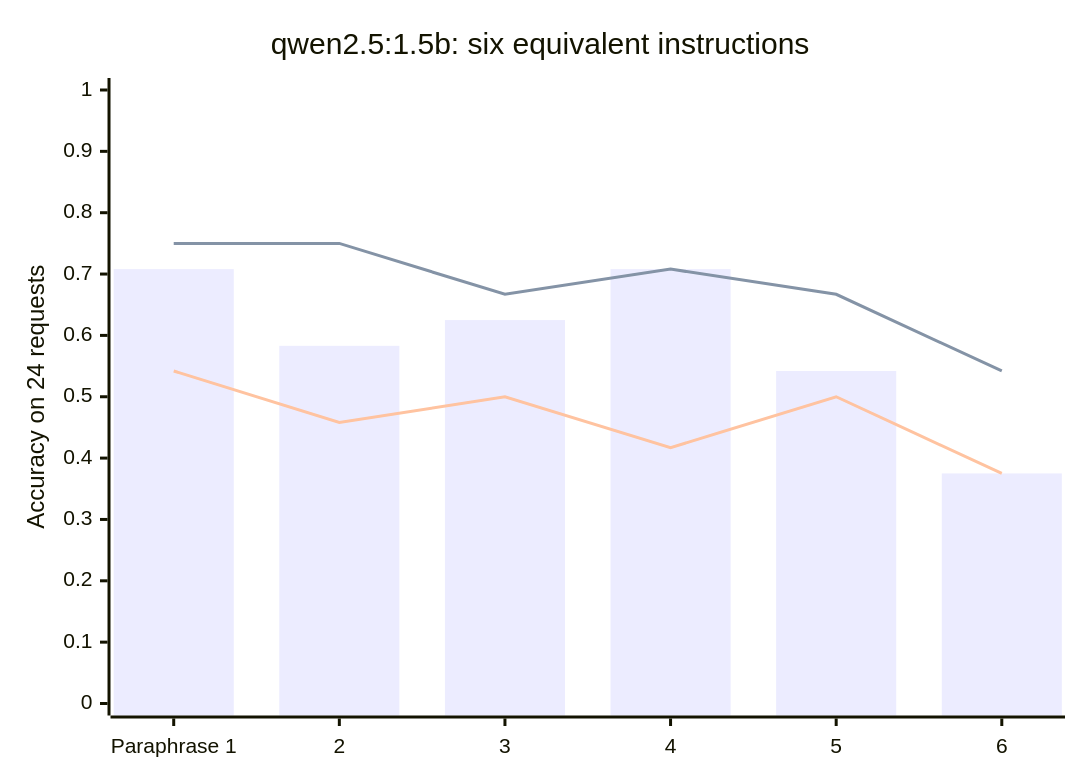
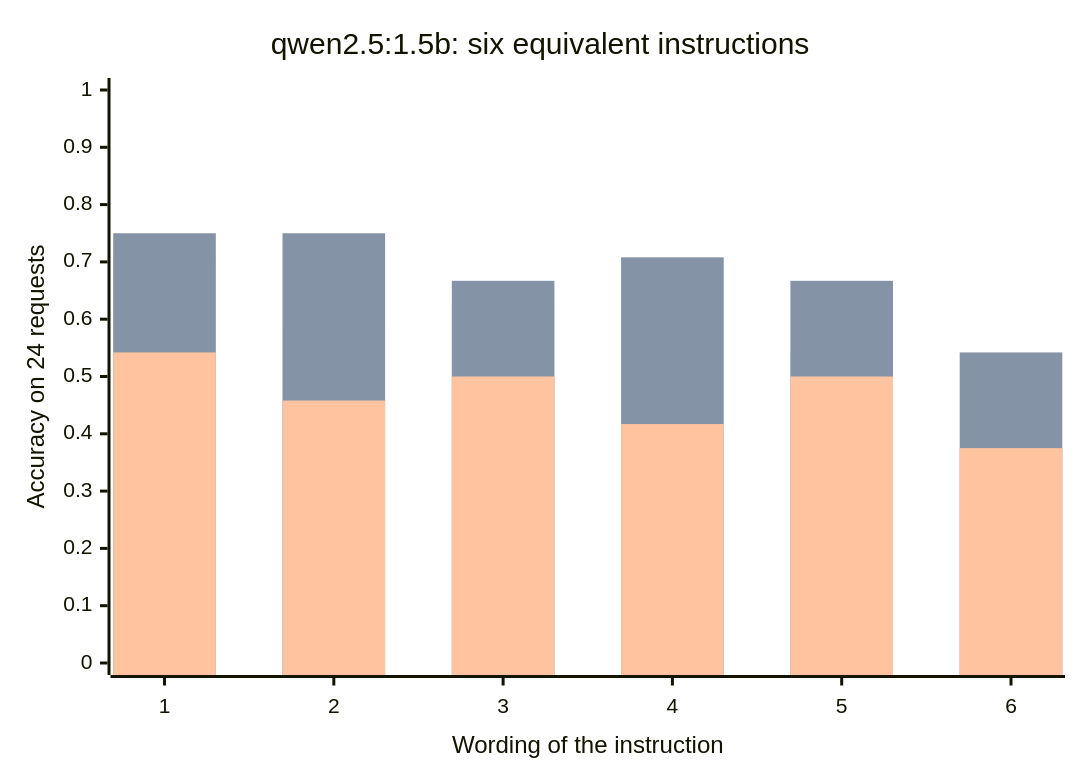
The first of 4 diagrams in book/textbook/ch07/profrod-sovereign-agent-ch07-versioned-skills-chapter.md (profrodai/sovereign-agent), drawn with Mermaid before and after one commit. The commit also changed other lines of this file and 14 other files, not shown here.

First line of the commit message:
Make every chart readable on its own: named series, titled axes, captions that explain

````diff
--- a/book/textbook/ch07/profrod-sovereign-agent-ch07-versioned-skills-chapter.md
+++ b/book/textbook/ch07/profrod-sovereign-agent-ch07-versioned-skills-chapter.md
@@ -115,9 +115,9 @@
 ```mermaid
 xychart-beta
     title "qwen2.5:1.5b: six equivalent instructions"
-    x-axis ["Paraphrase 1", "2", "3", "4", "5", "6"]
+    x-axis "Wording of the instruction" ["1", "2", "3", "4", "5", "6"]
     y-axis "Accuracy on 24 requests" 0 --> 1
-    bar [0.708, 0.583, 0.625, 0.708, 0.542, 0.375]
-    line [0.75, 0.75, 0.667, 0.708, 0.667, 0.542]
-    line [0.542, 0.458, 0.5, 0.417, 0.5, 0.375]
+    bar "No examples" [0.708, 0.583, 0.625, 0.708, 0.542, 0.375]
+    bar "Four examples, one order" [0.75, 0.75, 0.667, 0.708, 0.667, 0.542]
+    bar "Same examples, another order" [0.542, 0.458, 0.5, 0.417, 0.5, 0.375]
 ```
````
